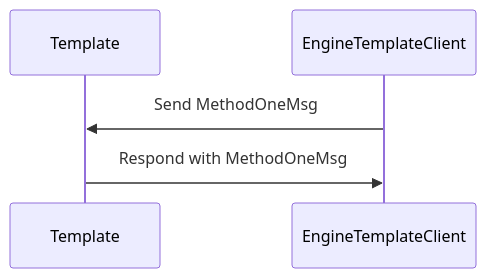
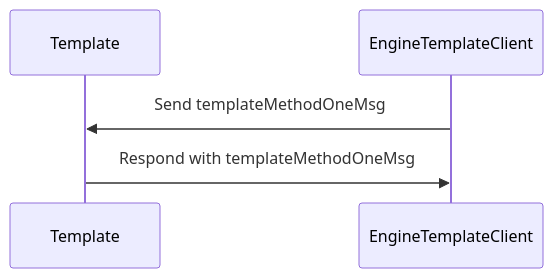
One commit to anoma/nspec changed the diagram in docs/arch/node/engines/template_messages.juvix.md. Above: the diagram before and after it, drawn with Mermaid. The commit also changed other lines of this file and 5 other files, not shown here.

````diff
--- a/docs/arch/node/engines/template_messages.juvix.md
+++ b/docs/arch/node/engines/template_messages.juvix.md
@@ -119,8 +123,8 @@
 ```mermaid
 sequenceDiagram
     participant Template
     participant EngineTemplateClient
 
-    EngineTemplateClient ->> Template: Send MethodOneMsg
-    Template ->> EngineTemplateClient: Respond with MethodOneMsg
+    EngineTemplateClient ->> Template: Send templateMethodOneMsg 
+    Template ->> EngineTemplateClient: Respond with templateMethodOneMsg
 ```
````
